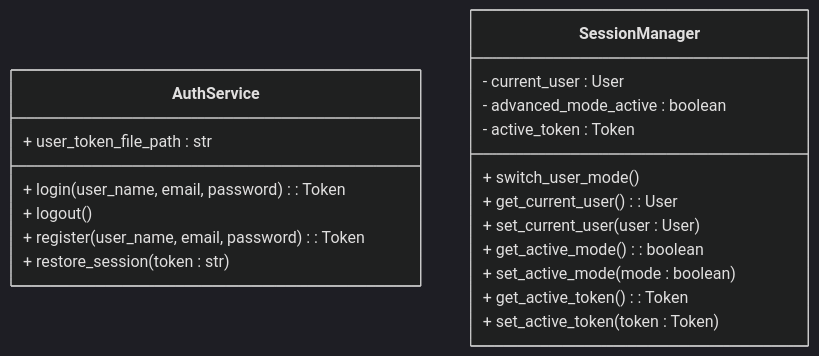
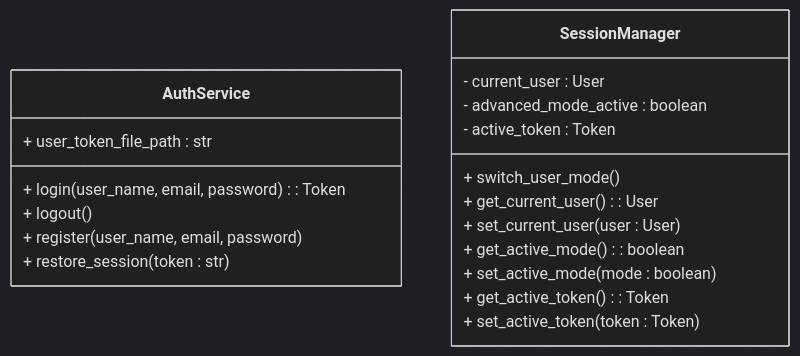
Before and after one commit to alegrelias/Repo-GMini: the ninth of 15 diagrams in Gmini-MarkDown/Diagramas/Diagramas de Clases.md, drawn with Mermaid (dark theme). The commit also changed other lines of this file, not shown here.

````diff
--- a/Gmini-MarkDown/Diagramas/Diagramas de Clases.md
+++ b/Gmini-MarkDown/Diagramas/Diagramas de Clases.md
@@ -671,24 +675,24 @@
 ```mermaid
 classDiagram
 %% usuario
 class AuthService{
 	+ user_token_file_path : str
 	+ login(user_name, email, password) : Token
 	+ logout()
-	+ register(user_name, email, password) : Token
+	+ register(user_name, email, password)
 	+ restore_session(token : str)
 }
 
 class SessionManager{
 	- current_user : User
 	- advanced_mode_active : boolean
 	- active_token : Token
 	+ switch_user_mode()
 	+ get_current_user() : User
 	+ set_current_user(user : User)
 	+ get_active_mode() : boolean
 	+ set_active_mode(mode : boolean)
 	+ get_active_token() : Token
 	+ set_active_token(token : Token)
 }
 ```
````
